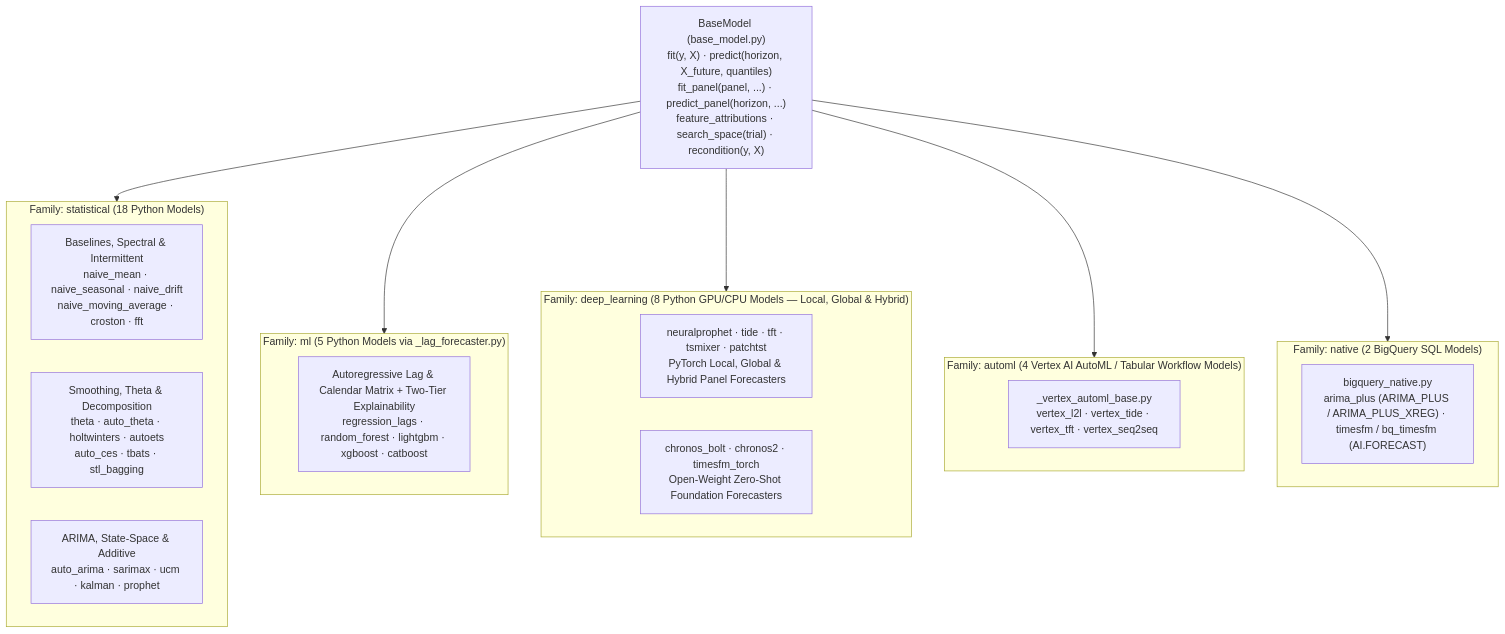
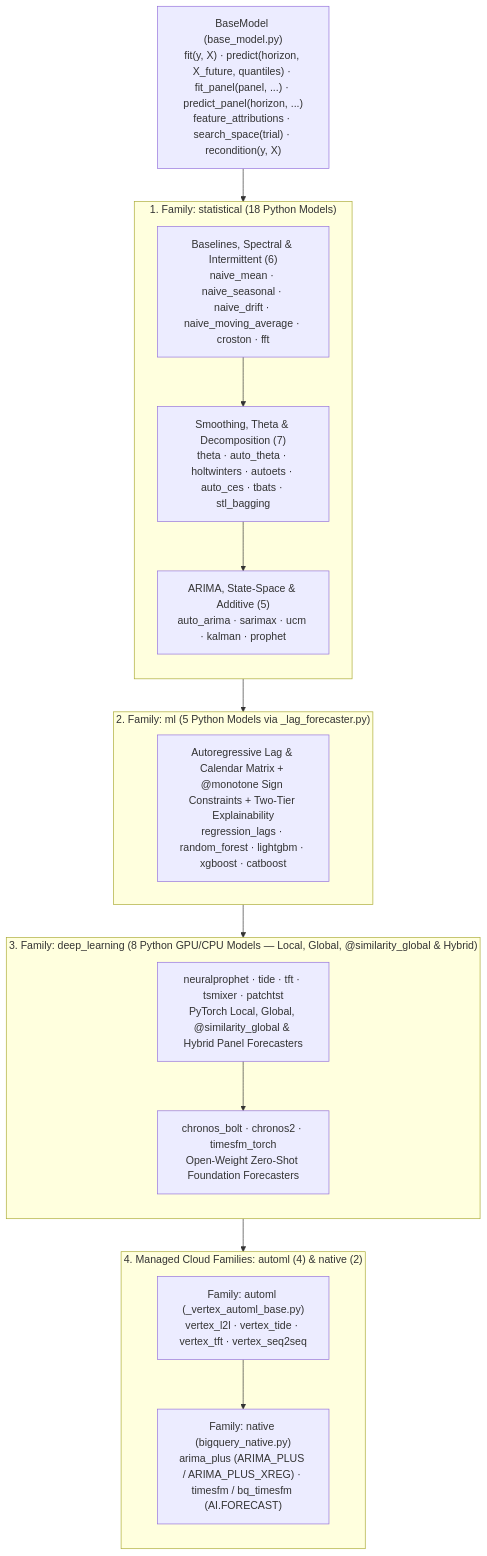
Before and after one commit to statmike/scale-forecasting: the diagram in src/scale_forecasting/models/README.md, drawn with Mermaid. The commit also changed 17 other files, not shown here.

Commit message:
docs: fix GitHub MathJax text-mode underscores, convert wide Mermaid diagrams to vertical TD, and add tripwire

````diff
--- a/src/scale_forecasting/models/README.md
+++ b/src/scale_forecasting/models/README.md
@@ -7,29 +7,32 @@
 ```mermaid
 flowchart TB
-    base["BaseModel (base_model.py)<br/>fit(y, X) · predict(horizon, X_future, quantiles)<br/>fit_panel(panel, ...) · predict_panel(horizon, ...)<br/>feature_attributions · search_space(trial) · recondition(y, X)"]
+    base["BaseModel (base_model.py)<br/>fit(y, X) · predict(horizon, X_future, quantiles) · fit_panel(panel, ...) · predict_panel(horizon, ...)<br/>feature_attributions · search_space(trial) · recondition(y, X)"]
 
-    subgraph stat["Family: statistical (18 Python Models)"]
-        naive["Baselines, Spectral & Intermittent<br/>naive_mean · naive_seasonal · naive_drift<br/>naive_moving_average · croston · fft"]
-        ets["Smoothing, Theta & Decomposition<br/>theta · auto_theta · holtwinters · autoets<br/>auto_ces · tbats · stl_bagging"]
-        ss["ARIMA, State-Space & Additive<br/>auto_arima · sarimax · ucm · kalman · prophet"]
+    subgraph stat["1. Family: statistical (18 Python Models)"]
+        direction TB
+        naive["Baselines, Spectral & Intermittent (6)<br/>naive_mean · naive_seasonal · naive_drift · naive_moving_average · croston · fft"]
+        ets["Smoothing, Theta & Decomposition (7)<br/>theta · auto_theta · holtwinters · autoets · auto_ces · tbats · stl_bagging"]
+        ss["ARIMA, State-Space & Additive (5)<br/>auto_arima · sarimax · ucm · kalman · prophet"]
+        naive --> ets --> ss
     end
 
-    subgraph ml["Family: ml (5 Python Models via _lag_forecaster.py)"]
-        lag["Autoregressive Lag & Calendar Matrix + Two-Tier Explainability<br/>regression_lags · random_forest · lightgbm · xgboost · catboost"]
+    subgraph ml["2. Family: ml (5 Python Models via _lag_forecaster.py)"]
+        lag["Autoregressive Lag & Calendar Matrix + @monotone Sign Constraints + Two-Tier Explainability<br/>regression_lags · random_forest · lightgbm · xgboost · catboost"]
     end
 
-    subgraph dl["Family: deep_learning (8 Python GPU/CPU Models — Local, Global & Hybrid)"]
-        np["neuralprophet · tide · tft · tsmixer · patchtst<br/>PyTorch Local, Global & Hybrid Panel Forecasters"]
+    subgraph dl["3. Family: deep_learning (8 Python GPU/CPU Models — Local, Global, @similarity_global & Hybrid)"]
+        direction TB
+        np["neuralprophet · tide · tft · tsmixer · patchtst<br/>PyTorch Local, Global, @similarity_global & Hybrid Panel Forecasters"]
         fnd["chronos_bolt · chronos2 · timesfm_torch<br/>Open-Weight Zero-Shot Foundation Forecasters"]
+        np --> fnd
     end
 
-    subgraph aml["Family: automl (4 Vertex AI AutoML / Tabular Workflow Models)"]
-        vaml["_vertex_automl_base.py<br/>vertex_l2l · vertex_tide · vertex_tft · vertex_seq2seq"]
+    subgraph managed["4. Managed Cloud Families: automl (4) & native (2)"]
+        direction TB
+        vaml["Family: automl (_vertex_automl_base.py)<br/>vertex_l2l · vertex_tide · vertex_tft · vertex_seq2seq"]
+        bq["Family: native (bigquery_native.py)<br/>arima_plus (ARIMA_PLUS / ARIMA_PLUS_XREG) · timesfm / bq_timesfm (AI.FORECAST)"]
+        vaml --> bq
     end
 
-    subgraph nat["Family: native (2 BigQuery SQL Models)"]
-        bq["bigquery_native.py<br/>arima_plus (ARIMA_PLUS / ARIMA_PLUS_XREG) · timesfm / bq_timesfm (AI.FORECAST)"]
-    end
-
-    base --> stat & ml & dl & aml & nat
+    base --> stat --> ml --> dl --> managed
 ```
````
